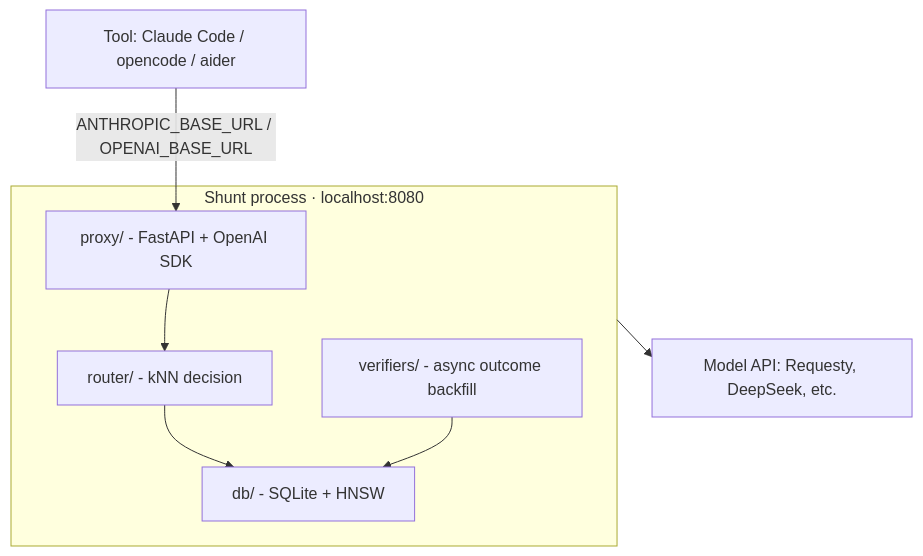
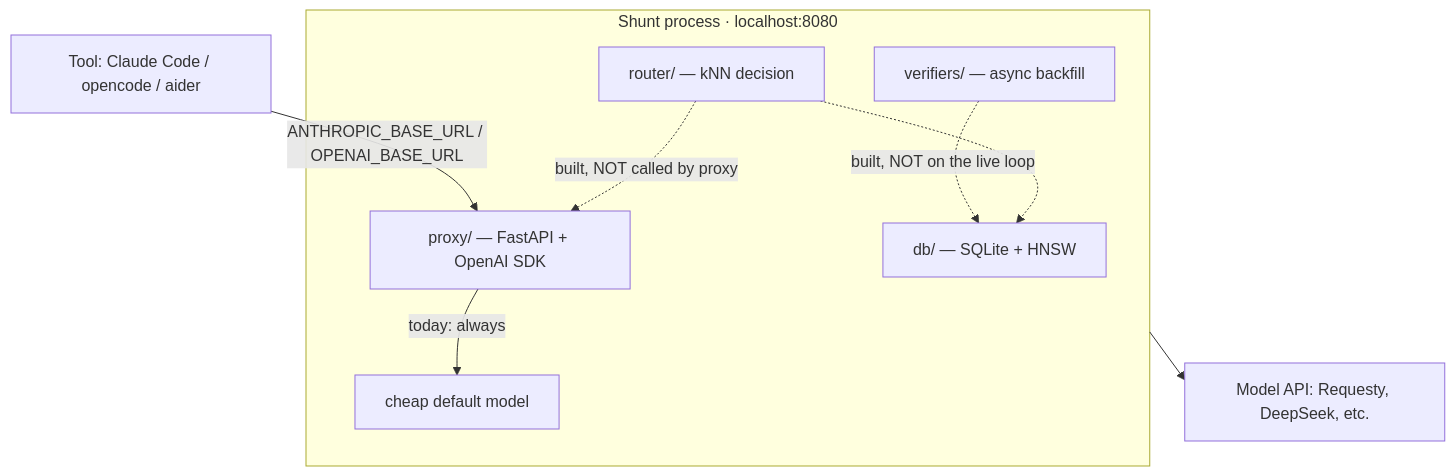
Before and after one commit to KookaS/shunt: the diagram in docs/architecture.md, drawn with Mermaid. The commit also changed other lines of this file and 20 other files, not shown here.

````diff
--- a/docs/architecture.md
+++ b/docs/architecture.md
@@ -12,10 +25,11 @@
 ```mermaid
 graph TD
   A[Tool: Claude Code / opencode / aider] -->|ANTHROPIC_BASE_URL / OPENAI_BASE_URL| P
   subgraph Shunt[Shunt process · localhost:8080]
-    P[proxy/ - FastAPI + OpenAI SDK] --> R[router/ - kNN decision]
-    R --> D[db/ - SQLite + HNSW]
-    V[verifiers/ - async outcome backfill] --> D
+    P[proxy/ — FastAPI + OpenAI SDK] -->|today: always| M[cheap default model]
+    R[router/ — kNN decision] -.->|built, NOT called by proxy| P
+    V[verifiers/ — async backfill] -.->|built, NOT on the live loop| D[db/ — SQLite + HNSW]
+    R -.-> D
   end
   Shunt --> E[Model API: Requesty, DeepSeek, etc.]
 ```
````
